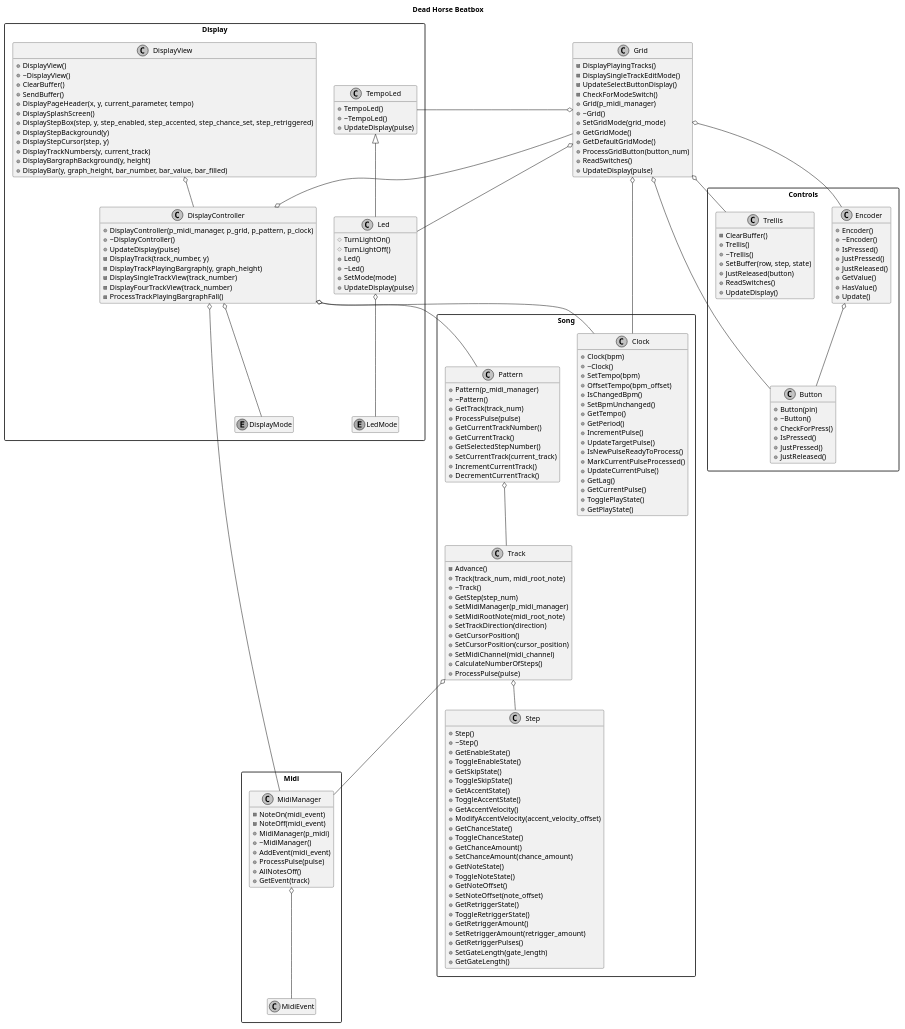
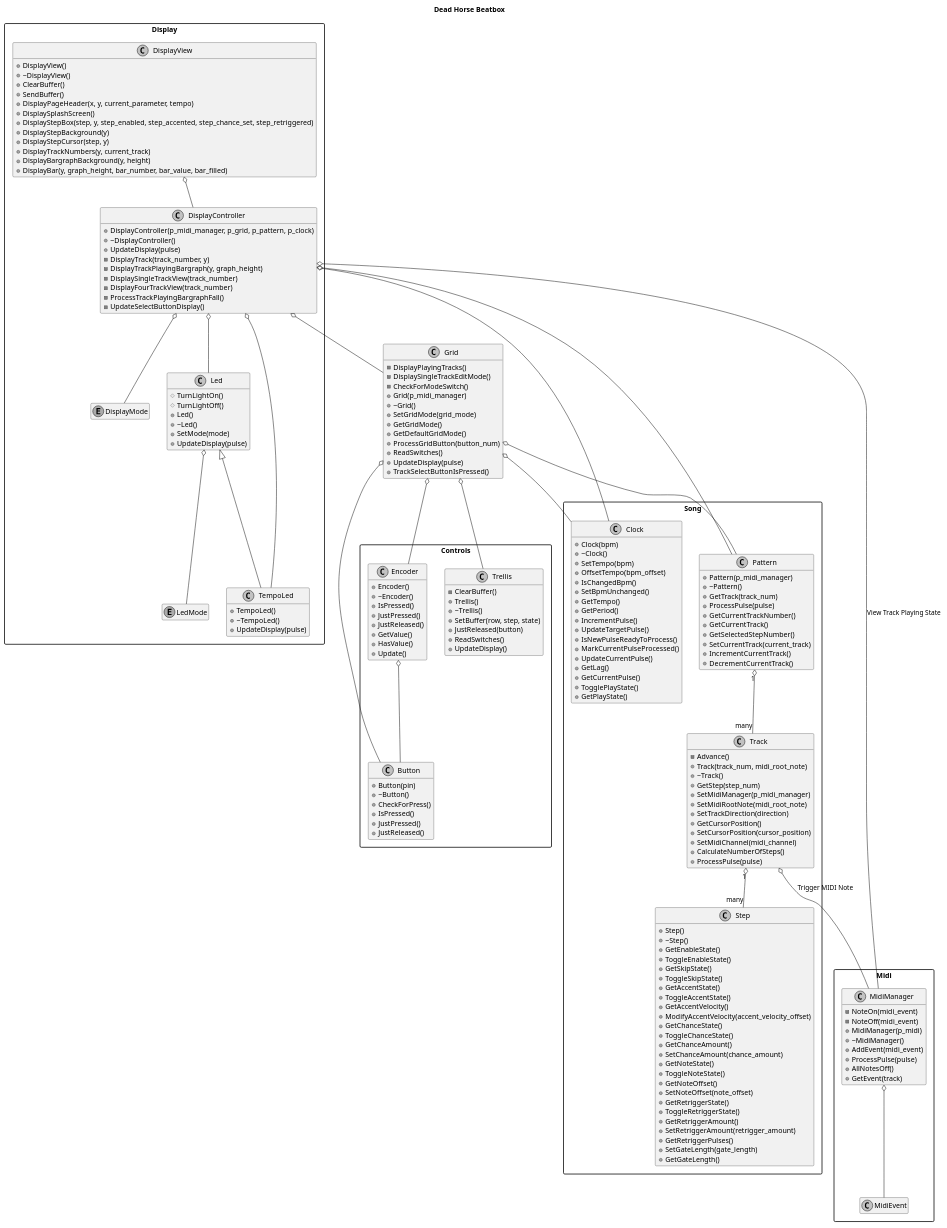
Before and after one commit to jsiemasko/DeadHorseBeatBox: the diagram in documentation/DeadHorse.wsd, drawn with PlantUML. The commit also changed 20 other files, not shown here.

```diff
--- a/documentation/DeadHorse.wsd
+++ b/documentation/DeadHorse.wsd
@@ -1,194 +1,196 @@
 @startuml Dead Horse Beatbox
 Title "Dead Horse Beatbox"
 hide empty members
 skinparam monochrome true
 skinparam packageStyle rect
 skinparam defaultFontName FG Virgil
 skinparam shadowing false
 
 enum Display.LedMode
 enum Display.DisplayMode
 class Controls.Button{
     +Button(pin)
     +~Button()
     +CheckForPress()
     +IsPressed()
     +JustPressed()
     +JustReleased()
 }
 class Controls.Encoder{
     +Encoder()
     +~Encoder()
     +IsPressed()
     +JustPressed()
     +JustReleased()
     +GetValue()
     +HasValue()
     +Update()
 }
 class Display.Led{
     #TurnLightOn()
     #TurnLightOff()
     +Led()
     +~Led()
     +SetMode(mode)
     +UpdateDisplay(pulse)
 }
 class Display.TempoLed{
     +TempoLed()
     +~TempoLed()
     +UpdateDisplay(pulse)
 }
 class Controls.Trellis{
     -ClearBuffer()
     +Trellis()
     +~Trellis()
     +SetBuffer(row, step, state)
     +JustReleased(button)
     +ReadSwitches()
     +UpdateDisplay()
 }
 class Song.Clock{
     +Clock(bpm)
     +~Clock()
     +SetTempo(bpm)
     +OffsetTempo(bpm_offset)
     +IsChangedBpm()
     +SetBpmUnchanged()
     +GetTempo()
     +GetPeriod()
     +IncrementPulse()
     +UpdateTargetPulse()
 	+IsNewPulseReadyToProcess()
 	+MarkCurrentPulseProcessed()
 	+UpdateCurrentPulse()
 	+GetLag()
 	+GetCurrentPulse()
 	+TogglePlayState()
 	+GetPlayState()
 }
 class Display.DisplayView{
    	+DisplayView()
 	+~DisplayView()
 	+ClearBuffer()
 	+SendBuffer()
 	+DisplayPageHeader(x, y, current_parameter, tempo)
 	+DisplaySplashScreen()
 	+DisplayStepBox(step, y, step_enabled, step_accented, step_chance_set, step_retriggered)
 	+DisplayStepBackground(y)
 	+DisplayStepCursor(step, y)
 	+DisplayTrackNumbers(y, current_track)
 	+DisplayBargraphBackground(y, height)
 	+DisplayBar(y, graph_height, bar_number, bar_value, bar_filled)
 }
 class Display.DisplayController{
     +DisplayController(p_midi_manager, p_grid, p_pattern, p_clock)
 	+~DisplayController()
     +UpdateDisplay(pulse)
     -DisplayTrack(track_number, y)
 	-DisplayTrackPlayingBargraph(y, graph_height)
 	-DisplaySingleTrackView(track_number)
 	-DisplayFourTrackView(track_number)
 	-ProcessTrackPlayingBargraphFall()
+	-UpdateSelectButtonDisplay()
 }
 class Grid{
     -DisplayPlayingTracks()
 	-DisplaySingleTrackEditMode()
-	-UpdateSelectButtonDisplay()
 	-CheckForModeSwitch()
 	+Grid(p_midi_manager)
 	+~Grid()
 	+SetGridMode(grid_mode)
 	+GetGridMode()
 	+GetDefaultGridMode()
 	+ProcessGridButton(button_num)
 	+ReadSwitches()
 	+UpdateDisplay(pulse)
+	+TrackSelectButtonIsPressed()
 }
 class Midi.MidiManager{
     -NoteOn(midi_event)
     -NoteOff(midi_event)
     +MidiManager(p_midi)
 	+~MidiManager()
 	+AddEvent(midi_event)
 	+ProcessPulse(pulse)
 	+AllNotesOff()
 	+GetEvent(track)
 
 }
 Class Midi.MidiEvent
 Class Song.Pattern{
     +Pattern(p_midi_manager)
 	+~Pattern()
     +GetTrack(track_num)
     +ProcessPulse(pulse)
     +GetCurrentTrackNumber()
 	+GetCurrentTrack()
 	+GetSelectedStepNumber()
 	+SetCurrentTrack(current_track)
 	+IncrementCurrentTrack()
 	+DecrementCurrentTrack()
 }
 Class Song.Step{
     +Step()
 	+~Step()
 	+GetEnableState()
 	+ToggleEnableState()
     +GetSkipState()
     +ToggleSkipState()
 	+GetAccentState()
 	+ToggleAccentState()
 	+GetAccentVelocity()
 	+ModifyAccentVelocity(accent_velocity_offset)
 	+GetChanceState()
 	+ToggleChanceState()
 	+GetChanceAmount()
 	+SetChanceAmount(chance_amount)
 	+GetNoteState()
 	+ToggleNoteState()
 	+GetNoteOffset()
 	+SetNoteOffset(note_offset)
 	+GetRetriggerState()
 	+ToggleRetriggerState()
 	+GetRetriggerAmount()
 	+SetRetriggerAmount(retrigger_amount)
 	+GetRetriggerPulses()
     +SetGateLength(gate_length)
 	+GetGateLength()
 }
 Class Song.Track{
     -Advance()
     +Track(track_num, midi_root_note)
 	+~Track()
     +GetStep(step_num)
 	+SetMidiManager(p_midi_manager)
 	+SetMidiRootNote(midi_root_note)
 	+SetTrackDirection(direction)
 	+GetCursorPosition()
 	+SetCursorPosition(cursor_position)
 	+SetMidiChannel(midi_channel)
 	+CalculateNumberOfSteps()
 	+ ProcessPulse(pulse)
 }
 
 Controls.Encoder o-- Controls.Button
-Display.TempoLed <|-- Display.Led
-Display.DisplayController o-- Midi.MidiManager
+Display.DisplayController o-- Display.DisplayMode
+Display.DisplayController o-- Display.Led
+Display.DisplayController o-- Display.TempoLed
+Display.DisplayController o-- Grid
+Display.DisplayController o-- Midi.MidiManager : View Track Playing State
 Display.DisplayController o-- Song.Pattern
 Display.DisplayController o-- Song.Clock
-Display.DisplayController o-- Grid
-Song.Pattern o-- Song.Track
-Song.Track o-- Song.Step
-Song.Track o-- Midi.MidiManager
-Grid o-- Display.TempoLed
-Grid o-- Display.Led
+Display.DisplayView o-- Display.DisplayController
+Display.Led o-- Display.LedMode
+Display.Led <|-- Display.TempoLed
 Grid o-- Controls.Button
 Grid o-- Controls.Encoder
 Grid o-- Controls.Trellis
 Grid o-- Song.Clock
+Grid o-- Song.Pattern
 Midi.MidiManager o-- Midi.MidiEvent
-Display.Led o-- Display.LedMode
-Display.DisplayController o-- Display.DisplayMode
-Display.DisplayView o-- Display.DisplayController
+Song.Pattern "1" o-- "many" Song.Track
+Song.Track "1" o-- "many" Song.Step
+Song.Track o-- Midi.MidiManager : Trigger MIDI Note
 
 @enduml
```
